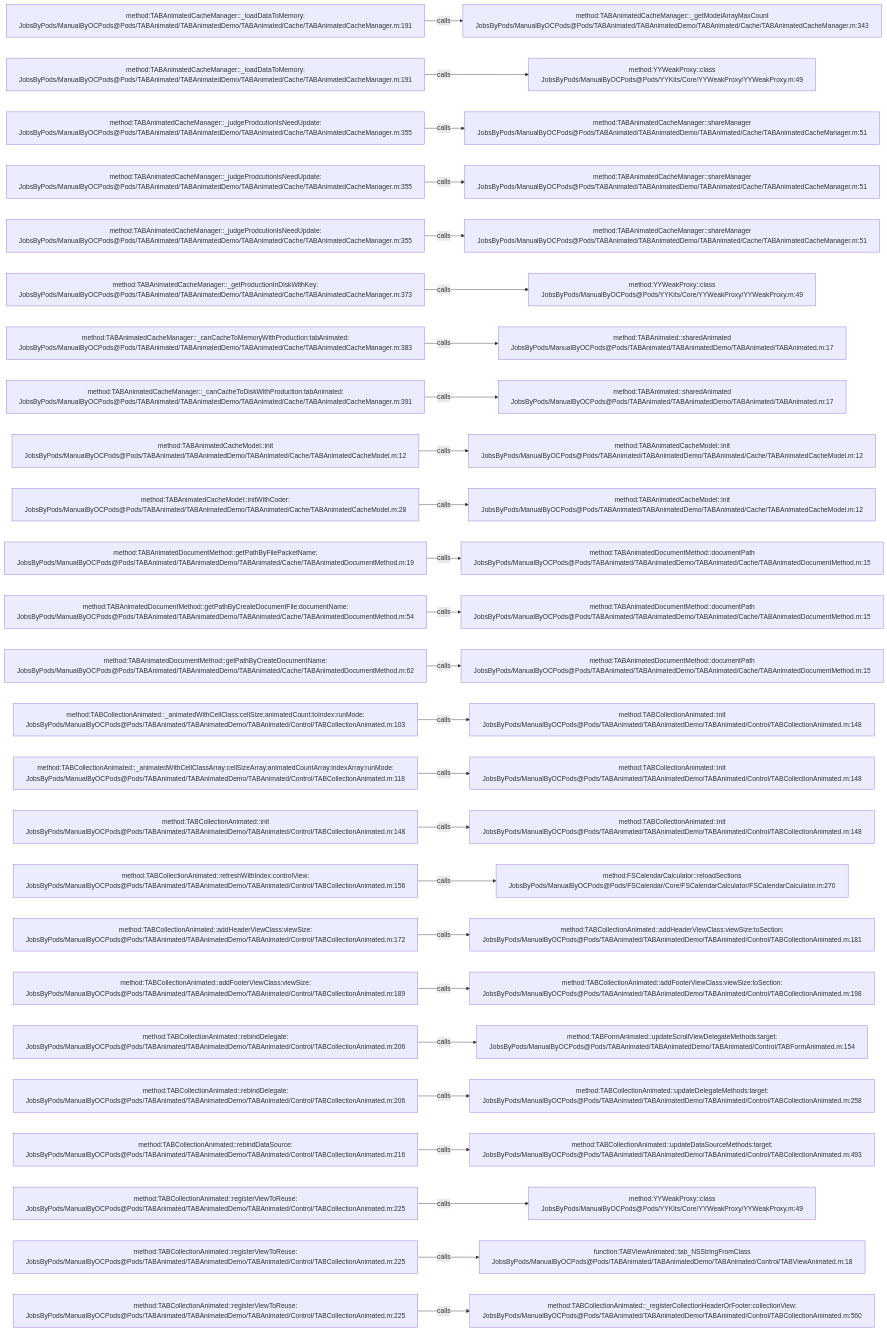
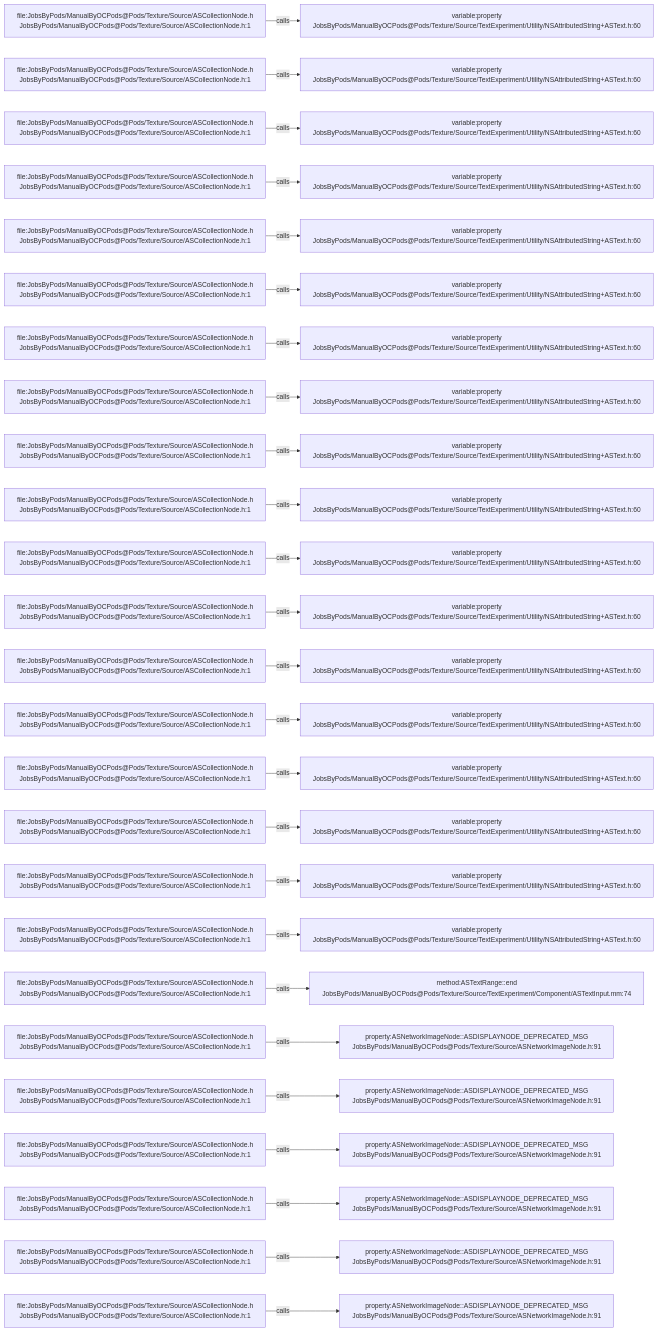
Before and after one commit to JobsKits/JobsOCBaseConfigDemo: the diagram in .codegraph/codegraph.md/graphs/calls-184.md, drawn with Mermaid. The commit also changed 573 other files, not shown here.

````diff
--- a/.codegraph/codegraph.md/graphs/calls-184.md
+++ b/.codegraph/codegraph.md/graphs/calls-184.md
@@ -13,78 +13,78 @@
 ```mermaid
 flowchart LR
-  S1["method:TABAnimatedCacheManager::_loadDataToMemory:<br/>JobsByPods/ManualByOCPods@Pods/TABAnimated/TABAnimatedDemo/TABAnimated/Cache/TABAnimatedCacheManager.m:191"]
-  T1["method:TABAnimatedCacheManager::_getModelArrayMaxCount<br/>JobsByPods/ManualByOCPods@Pods/TABAnimated/TABAnimatedDemo/TABAnimated/Cache/TABAnimatedCacheManager.m:343"]
+  S1["file:JobsByPods/ManualByOCPods@Pods/Texture/Source/ASCollectionNode.h<br/>JobsByPods/ManualByOCPods@Pods/Texture/Source/ASCollectionNode.h:1"]
+  T1["variable:property<br/>JobsByPods/ManualByOCPods@Pods/Texture/Source/TextExperiment/Utility/NSAttributedString+ASText.h:60"]
   S1 -->|calls| T1
-  S2["method:TABAnimatedCacheManager::_loadDataToMemory:<br/>JobsByPods/ManualByOCPods@Pods/TABAnimated/TABAnimatedDemo/TABAnimated/Cache/TABAnimatedCacheManager.m:191"]
-  T2["method:YYWeakProxy::class<br/>JobsByPods/ManualByOCPods@Pods/YYKits/Core/YYWeakProxy/YYWeakProxy.m:49"]
+  S2["file:JobsByPods/ManualByOCPods@Pods/Texture/Source/ASCollectionNode.h<br/>JobsByPods/ManualByOCPods@Pods/Texture/Source/ASCollectionNode.h:1"]
+  T2["variable:property<br/>JobsByPods/ManualByOCPods@Pods/Texture/Source/TextExperiment/Utility/NSAttributedString+ASText.h:60"]
   S2 -->|calls| T2
-  S3["method:TABAnimatedCacheManager::_judgeProdcutionIsNeedUpdate:<br/>JobsByPods/ManualByOCPods@Pods/TABAnimated/TABAnimatedDemo/TABAnimated/Cache/TABAnimatedCacheManager.m:355"]
-  T3["method:TABAnimatedCacheManager::shareManager<br/>JobsByPods/ManualByOCPods@Pods/TABAnimated/TABAnimatedDemo/TABAnimated/Cache/TABAnimatedCacheManager.m:51"]
+  S3["file:JobsByPods/ManualByOCPods@Pods/Texture/Source/ASCollectionNode.h<br/>JobsByPods/ManualByOCPods@Pods/Texture/Source/ASCollectionNode.h:1"]
+  T3["variable:property<br/>JobsByPods/ManualByOCPods@Pods/Texture/Source/TextExperiment/Utility/NSAttributedString+ASText.h:60"]
   S3 -->|calls| T3
-  S4["method:TABAnimatedCacheManager::_judgeProdcutionIsNeedUpdate:<br/>JobsByPods/ManualByOCPods@Pods/TABAnimated/TABAnimatedDemo/TABAnimated/Cache/TABAnimatedCacheManager.m:355"]
-  T4["method:TABAnimatedCacheManager::shareManager<br/>JobsByPods/ManualByOCPods@Pods/TABAnimated/TABAnimatedDemo/TABAnimated/Cache/TABAnimatedCacheManager.m:51"]
+  S4["file:JobsByPods/ManualByOCPods@Pods/Texture/Source/ASCollectionNode.h<br/>JobsByPods/ManualByOCPods@Pods/Texture/Source/ASCollectionNode.h:1"]
+  T4["variable:property<br/>JobsByPods/ManualByOCPods@Pods/Texture/Source/TextExperiment/Utility/NSAttributedString+ASText.h:60"]
   S4 -->|calls| T4
-  S5["method:TABAnimatedCacheManager::_judgeProdcutionIsNeedUpdate:<br/>JobsByPods/ManualByOCPods@Pods/TABAnimated/TABAnimatedDemo/TABAnimated/Cache/TABAnimatedCacheManager.m:355"]
-  T5["method:TABAnimatedCacheManager::shareManager<br/>JobsByPods/ManualByOCPods@Pods/TABAnimated/TABAnimatedDemo/TABAnimated/Cache/TABAnimatedCacheManager.m:51"]
+  S5["file:JobsByPods/ManualByOCPods@Pods/Texture/Source/ASCollectionNode.h<br/>JobsByPods/ManualByOCPods@Pods/Texture/Source/ASCollectionNode.h:1"]
+  T5["variable:property<br/>JobsByPods/ManualByOCPods@Pods/Texture/Source/TextExperiment/Utility/NSAttributedString+ASText.h:60"]
   S5 -->|calls| T5
-  S6["method:TABAnimatedCacheManager::_getProductionInDiskWithKey:<br/>JobsByPods/ManualByOCPods@Pods/TABAnimated/TABAnimatedDemo/TABAnimated/Cache/TABAnimatedCacheManager.m:373"]
-  T6["method:YYWeakProxy::class<br/>JobsByPods/ManualByOCPods@Pods/YYKits/Core/YYWeakProxy/YYWeakProxy.m:49"]
+  S6["file:JobsByPods/ManualByOCPods@Pods/Texture/Source/ASCollectionNode.h<br/>JobsByPods/ManualByOCPods@Pods/Texture/Source/ASCollectionNode.h:1"]
+  T6["variable:property<br/>JobsByPods/ManualByOCPods@Pods/Texture/Source/TextExperiment/Utility/NSAttributedString+ASText.h:60"]
   S6 -->|calls| T6
-  S7["method:TABAnimatedCacheManager::_canCacheToMemoryWithProduction:tabAnimated:<br/>JobsByPods/ManualByOCPods@Pods/TABAnimated/TABAnimatedDemo/TABAnimated/Cache/TABAnimatedCacheManager.m:383"]
-  T7["method:TABAnimated::sharedAnimated<br/>JobsByPods/ManualByOCPods@Pods/TABAnimated/TABAnimatedDemo/TABAnimated/TABAnimated.m:17"]
+  S7["file:JobsByPods/ManualByOCPods@Pods/Texture/Source/ASCollectionNode.h<br/>JobsByPods/ManualByOCPods@Pods/Texture/Source/ASCollectionNode.h:1"]
+  T7["variable:property<br/>JobsByPods/ManualByOCPods@Pods/Texture/Source/TextExperiment/Utility/NSAttributedString+ASText.h:60"]
   S7 -->|calls| T7
-  S8["method:TABAnimatedCacheManager::_canCacheToDiskWithProduction:tabAnimated:<br/>JobsByPods/ManualByOCPods@Pods/TABAnimated/TABAnimatedDemo/TABAnimated/Cache/TABAnimatedCacheManager.m:391"]
-  T8["method:TABAnimated::sharedAnimated<br/>JobsByPods/ManualByOCPods@Pods/TABAnimated/TABAnimatedDemo/TABAnimated/TABAnimated.m:17"]
+  S8["file:JobsByPods/ManualByOCPods@Pods/Texture/Source/ASCollectionNode.h<br/>JobsByPods/ManualByOCPods@Pods/Texture/Source/ASCollectionNode.h:1"]
+  T8["variable:property<br/>JobsByPods/ManualByOCPods@Pods/Texture/Source/TextExperiment/Utility/NSAttributedString+ASText.h:60"]
   S8 -->|calls| T8
-  S9["method:TABAnimatedCacheModel::init<br/>JobsByPods/ManualByOCPods@Pods/TABAnimated/TABAnimatedDemo/TABAnimated/Cache/TABAnimatedCacheModel.m:12"]
-  T9["method:TABAnimatedCacheModel::init<br/>JobsByPods/ManualByOCPods@Pods/TABAnimated/TABAnimatedDemo/TABAnimated/Cache/TABAnimatedCacheModel.m:12"]
+  S9["file:JobsByPods/ManualByOCPods@Pods/Texture/Source/ASCollectionNode.h<br/>JobsByPods/ManualByOCPods@Pods/Texture/Source/ASCollectionNode.h:1"]
+  T9["variable:property<br/>JobsByPods/ManualByOCPods@Pods/Texture/Source/TextExperiment/Utility/NSAttributedString+ASText.h:60"]
   S9 -->|calls| T9
-  S10["method:TABAnimatedCacheModel::initWithCoder:<br/>JobsByPods/ManualByOCPods@Pods/TABAnimated/TABAnimatedDemo/TABAnimated/Cache/TABAnimatedCacheModel.m:28"]
-  T10["method:TABAnimatedCacheModel::init<br/>JobsByPods/ManualByOCPods@Pods/TABAnimated/TABAnimatedDemo/TABAnimated/Cache/TABAnimatedCacheModel.m:12"]
+  S10["file:JobsByPods/ManualByOCPods@Pods/Texture/Source/ASCollectionNode.h<br/>JobsByPods/ManualByOCPods@Pods/Texture/Source/ASCollectionNode.h:1"]
+  T10["variable:property<br/>JobsByPods/ManualByOCPods@Pods/Texture/Source/TextExperiment/Utility/NSAttributedString+ASText.h:60"]
   S10 -->|calls| T10
-  S11["method:TABAnimatedDocumentMethod::getPathByFilePacketName:<br/>JobsByPods/ManualByOCPods@Pods/TABAnimated/TABAnimatedDemo/TABAnimated/Cache/TABAnimatedDocumentMethod.m:19"]
-  T11["method:TABAnimatedDocumentMethod::documentPath<br/>JobsByPods/ManualByOCPods@Pods/TABAnimated/TABAnimatedDemo/TABAnimated/Cache/TABAnimatedDocumentMethod.m:15"]
+  S11["file:JobsByPods/ManualByOCPods@Pods/Texture/Source/ASCollectionNode.h<br/>JobsByPods/ManualByOCPods@Pods/Texture/Source/ASCollectionNode.h:1"]
+  T11["variable:property<br/>JobsByPods/ManualByOCPods@Pods/Texture/Source/TextExperiment/Utility/NSAttributedString+ASText.h:60"]
   S11 -->|calls| T11
-  S12["method:TABAnimatedDocumentMethod::getPathByCreateDocumentFile:documentName:<br/>JobsByPods/ManualByOCPods@Pods/TABAnimated/TABAnimatedDemo/TABAnimated/Cache/TABAnimatedDocumentMethod.m:54"]
-  T12["method:TABAnimatedDocumentMethod::documentPath<br/>JobsByPods/ManualByOCPods@Pods/TABAnimated/TABAnimatedDemo/TABAnimated/Cache/TABAnimatedDocumentMethod.m:15"]
+  S12["file:JobsByPods/ManualByOCPods@Pods/Texture/Source/ASCollectionNode.h<br/>JobsByPods/ManualByOCPods@Pods/Texture/Source/ASCollectionNode.h:1"]
+  T12["variable:property<br/>JobsByPods/ManualByOCPods@Pods/Texture/Source/TextExperiment/Utility/NSAttributedString+ASText.h:60"]
   S12 -->|calls| T12
-  S13["method:TABAnimatedDocumentMethod::getPathByCreateDocumentName:<br/>JobsByPods/ManualByOCPods@Pods/TABAnimated/TABAnimatedDemo/TABAnimated/Cache/TABAnimatedDocumentMethod.m:62"]
-  T13["method:TABAnimatedDocumentMethod::documentPath<br/>JobsByPods/ManualByOCPods@Pods/TABAnimated/TABAnimatedDemo/TABAnimated/Cache/TABAnimatedDocumentMethod.m:15"]
+  S13["file:JobsByPods/ManualByOCPods@Pods/Texture/Source/ASCollectionNode.h<br/>JobsByPods/ManualByOCPods@Pods/Texture/Source/ASCollectionNode.h:1"]
+  T13["variable:property<br/>JobsByPods/ManualByOCPods@Pods/Texture/Source/TextExperiment/Utility/NSAttributedString+ASText.h:60"]
   S13 -->|calls| T13
-  S14["method:TABCollectionAnimated::_animatedWithCellClass:cellSize:animatedCount:toIndex:runMode:<br/>JobsByPods/ManualByOCPods@Pods/TABAnimated/TABAnimatedDemo/TABAnimated/Control/TABCollectionAnimated.m:103"]
-  T14["method:TABCollectionAnimated::init<br/>JobsByPods/ManualByOCPods@Pods/TABAnimated/TABAnimatedDemo/TABAnimated/Control/TABCollectionAnimated.m:148"]
+  S14["file:JobsByPods/ManualByOCPods@Pods/Texture/Source/ASCollectionNode.h<br/>JobsByPods/ManualByOCPods@Pods/Texture/Source/ASCollectionNode.h:1"]
+  T14["variable:property<br/>JobsByPods/ManualByOCPods@Pods/Texture/Source/TextExperiment/Utility/NSAttributedString+ASText.h:60"]
   S14 -->|calls| T14
-  S15["method:TABCollectionAnimated::_animatedWithCellClassArray:cellSizeArray:animatedCountArray:indexArray:runMode:<br/>JobsByPods/ManualByOCPods@Pods/TABAnimated/TABAnimatedDemo/TABAnimated/Control/TABCollectionAnimated.m:118"]
-  T15["method:TABCollectionAnimated::init<br/>JobsByPods/ManualByOCPods@Pods/TABAnimated/TABAnimatedDemo/TABAnimated/Control/TABCollectionAnimated.m:148"]
+  S15["file:JobsByPods/ManualByOCPods@Pods/Texture/Source/ASCollectionNode.h<br/>JobsByPods/ManualByOCPods@Pods/Texture/Source/ASCollectionNode.h:1"]
+  T15["variable:property<br/>JobsByPods/ManualByOCPods@Pods/Texture/Source/TextExperiment/Utility/NSAttributedString+ASText.h:60"]
   S15 -->|calls| T15
-  S16["method:TABCollectionAnimated::init<br/>JobsByPods/ManualByOCPods@Pods/TABAnimated/TABAnimatedDemo/TABAnimated/Control/TABCollectionAnimated.m:148"]
-  T16["method:TABCollectionAnimated::init<br/>JobsByPods/ManualByOCPods@Pods/TABAnimated/TABAnimatedDemo/TABAnimated/Control/TABCollectionAnimated.m:148"]
+  S16["file:JobsByPods/ManualByOCPods@Pods/Texture/Source/ASCollectionNode.h<br/>JobsByPods/ManualByOCPods@Pods/Texture/Source/ASCollectionNode.h:1"]
+  T16["variable:property<br/>JobsByPods/ManualByOCPods@Pods/Texture/Source/TextExperiment/Utility/NSAttributedString+ASText.h:60"]
   S16 -->|calls| T16
-  S17["method:TABCollectionAnimated::refreshWithIndex:controlView:<br/>JobsByPods/ManualByOCPods@Pods/TABAnimated/TABAnimatedDemo/TABAnimated/Control/TABCollectionAnimated.m:156"]
-  T17["method:FSCalendarCalculator::reloadSections<br/>JobsByPods/ManualByOCPods@Pods/FSCalendar/Core/FSCalendarCalculator/FSCalendarCalculator.m:270"]
+  S17["file:JobsByPods/ManualByOCPods@Pods/Texture/Source/ASCollectionNode.h<br/>JobsByPods/ManualByOCPods@Pods/Texture/Source/ASCollectionNode.h:1"]
+  T17["variable:property<br/>JobsByPods/ManualByOCPods@Pods/Texture/Source/TextExperiment/Utility/NSAttributedString+ASText.h:60"]
   S17 -->|calls| T17
-  S18["method:TABCollectionAnimated::addHeaderViewClass:viewSize:<br/>JobsByPods/ManualByOCPods@Pods/TABAnimated/TABAnimatedDemo/TABAnimated/Control/TABCollectionAnimated.m:172"]
-  T18["method:TABCollectionAnimated::addHeaderViewClass:viewSize:toSection:<br/>JobsByPods/ManualByOCPods@Pods/TABAnimated/TABAnimatedDemo/TABAnimated/Control/TABCollectionAnimated.m:181"]
+  S18["file:JobsByPods/ManualByOCPods@Pods/Texture/Source/ASCollectionNode.h<br/>JobsByPods/ManualByOCPods@Pods/Texture/Source/ASCollectionNode.h:1"]
+  T18["variable:property<br/>JobsByPods/ManualByOCPods@Pods/Texture/Source/TextExperiment/Utility/NSAttributedString+ASText.h:60"]
   S18 -->|calls| T18
-  S19["method:TABCollectionAnimated::addFooterViewClass:viewSize:<br/>JobsByPods/ManualByOCPods@Pods/TABAnimated/TABAnimatedDemo/TABAnimated/Control/TABCollectionAnimated.m:189"]
-  T19["method:TABCollectionAnimated::addFooterViewClass:viewSize:toSection:<br/>JobsByPods/ManualByOCPods@Pods/TABAnimated/TABAnimatedDemo/TABAnimated/Control/TABCollectionAnimated.m:198"]
+  S19["file:JobsByPods/ManualByOCPods@Pods/Texture/Source/ASCollectionNode.h<br/>JobsByPods/ManualByOCPods@Pods/Texture/Source/ASCollectionNode.h:1"]
+  T19["method:ASTextRange::end<br/>JobsByPods/ManualByOCPods@Pods/Texture/Source/TextExperiment/Component/ASTextInput.mm:74"]
   S19 -->|calls| T19
-  S20["method:TABCollectionAnimated::rebindDelegate:<br/>JobsByPods/ManualByOCPods@Pods/TABAnimated/TABAnimatedDemo/TABAnimated/Control/TABCollectionAnimated.m:206"]
-  T20["method:TABFormAnimated::updateScrollViewDelegateMethods:target:<br/>JobsByPods/ManualByOCPods@Pods/TABAnimated/TABAnimatedDemo/TABAnimated/Control/TABFormAnimated.m:154"]
+  S20["file:JobsByPods/ManualByOCPods@Pods/Texture/Source/ASCollectionNode.h<br/>JobsByPods/ManualByOCPods@Pods/Texture/Source/ASCollectionNode.h:1"]
+  T20["property:ASNetworkImageNode::ASDISPLAYNODE_DEPRECATED_MSG<br/>JobsByPods/ManualByOCPods@Pods/Texture/Source/ASNetworkImageNode.h:91"]
   S20 -->|calls| T20
-  S21["method:TABCollectionAnimated::rebindDelegate:<br/>JobsByPods/ManualByOCPods@Pods/TABAnimated/TABAnimatedDemo/TABAnimated/Control/TABCollectionAnimated.m:206"]
-  T21["method:TABCollectionAnimated::updateDelegateMethods:target:<br/>JobsByPods/ManualByOCPods@Pods/TABAnimated/TABAnimatedDemo/TABAnimated/Control/TABCollectionAnimated.m:258"]
+  S21["file:JobsByPods/ManualByOCPods@Pods/Texture/Source/ASCollectionNode.h<br/>JobsByPods/ManualByOCPods@Pods/Texture/Source/ASCollectionNode.h:1"]
+  T21["property:ASNetworkImageNode::ASDISPLAYNODE_DEPRECATED_MSG<br/>JobsByPods/ManualByOCPods@Pods/Texture/Source/ASNetworkImageNode.h:91"]
   S21 -->|calls| T21
-  S22["method:TABCollectionAnimated::rebindDataSource:<br/>JobsByPods/ManualByOCPods@Pods/TABAnimated/TABAnimatedDemo/TABAnimated/Control/TABCollectionAnimated.m:216"]
-  T22["method:TABCollectionAnimated::updateDataSourceMethods:target:<br/>JobsByPods/ManualByOCPods@Pods/TABAnimated/TABAnimatedDemo/TABAnimated/Control/TABCollectionAnimated.m:493"]
+  S22["file:JobsByPods/ManualByOCPods@Pods/Texture/Source/ASCollectionNode.h<br/>JobsByPods/ManualByOCPods@Pods/Texture/Source/ASCollectionNode.h:1"]
+  T22["property:ASNetworkImageNode::ASDISPLAYNODE_DEPRECATED_MSG<br/>JobsByPods/ManualByOCPods@Pods/Texture/Source/ASNetworkImageNode.h:91"]
   S22 -->|calls| T22
-  S23["method:TABCollectionAnimated::registerViewToReuse:<br/>JobsByPods/ManualByOCPods@Pods/TABAnimated/TABAnimatedDemo/TABAnimated/Control/TABCollectionAnimated.m:225"]
-  T23["method:YYWeakProxy::class<br/>JobsByPods/ManualByOCPods@Pods/YYKits/Core/YYWeakProxy/YYWeakProxy.m:49"]
+  S23["file:JobsByPods/ManualByOCPods@Pods/Texture/Source/ASCollectionNode.h<br/>JobsByPods/ManualByOCPods@Pods/Texture/Source/ASCollectionNode.h:1"]
+  T23["property:ASNetworkImageNode::ASDISPLAYNODE_DEPRECATED_MSG<br/>JobsByPods/ManualByOCPods@Pods/Texture/Source/ASNetworkImageNode.h:91"]
   S23 -->|calls| T23
-  S24["method:TABCollectionAnimated::registerViewToReuse:<br/>JobsByPods/ManualByOCPods@Pods/TABAnimated/TABAnimatedDemo/TABAnimated/Control/TABCollectionAnimated.m:225"]
-  T24["function:TABViewAnimated::tab_NSStringFromClass<br/>JobsByPods/ManualByOCPods@Pods/TABAnimated/TABAnimatedDemo/TABAnimated/Control/TABViewAnimated.m:18"]
+  S24["file:JobsByPods/ManualByOCPods@Pods/Texture/Source/ASCollectionNode.h<br/>JobsByPods/ManualByOCPods@Pods/Texture/Source/ASCollectionNode.h:1"]
+  T24["property:ASNetworkImageNode::ASDISPLAYNODE_DEPRECATED_MSG<br/>JobsByPods/ManualByOCPods@Pods/Texture/Source/ASNetworkImageNode.h:91"]
   S24 -->|calls| T24
-  S25["method:TABCollectionAnimated::registerViewToReuse:<br/>JobsByPods/ManualByOCPods@Pods/TABAnimated/TABAnimatedDemo/TABAnimated/Control/TABCollectionAnimated.m:225"]
-  T25["method:TABCollectionAnimated::_registerCollectionHeaderOrFooter:collectionView:<br/>JobsByPods/ManualByOCPods@Pods/TABAnimated/TABAnimatedDemo/TABAnimated/Control/TABCollectionAnimated.m:560"]
+  S25["file:JobsByPods/ManualByOCPods@Pods/Texture/Source/ASCollectionNode.h<br/>JobsByPods/ManualByOCPods@Pods/Texture/Source/ASCollectionNode.h:1"]
+  T25["property:ASNetworkImageNode::ASDISPLAYNODE_DEPRECATED_MSG<br/>JobsByPods/ManualByOCPods@Pods/Texture/Source/ASNetworkImageNode.h:91"]
   S25 -->|calls| T25
 ```
````
